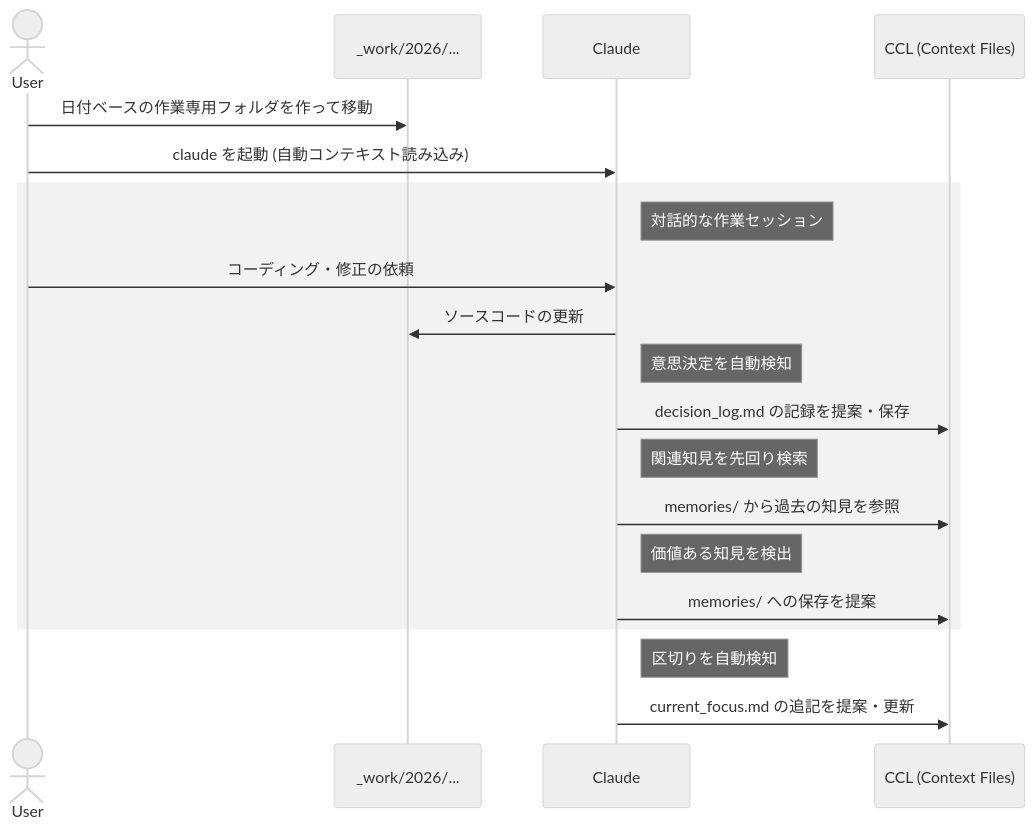
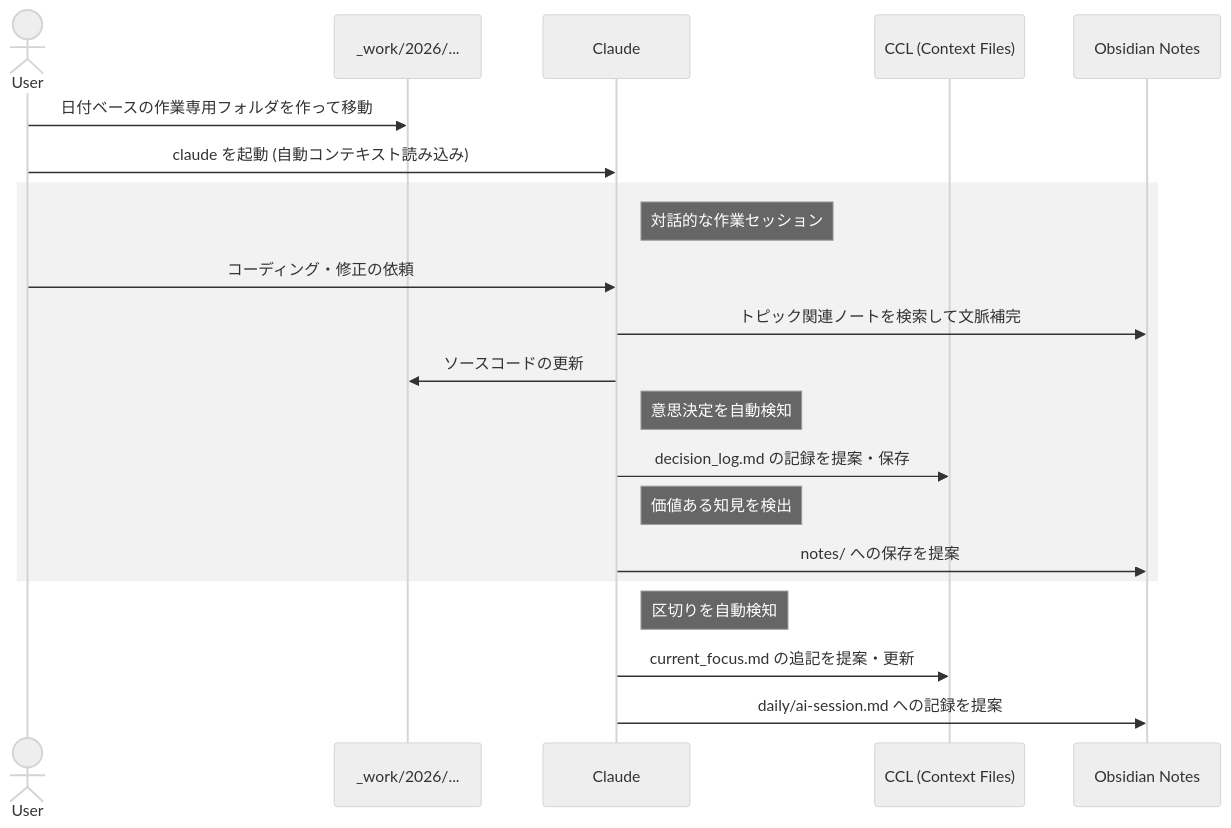
One commit to yt3trees/ai-collab-folder-structure changed the second of 2 diagrams in README-ja.md. Above: the diagram before and after it, drawn with Mermaid (neutral theme). The commit also changed other lines of this file and 8 other files, not shown here.

````diff
--- a/README-ja.md
+++ b/README-ja.md
@@ -95,29 +95,29 @@
 ```mermaid
 sequenceDiagram
     actor User
     participant Work as _work/2026/...
     participant Claude
     participant CCL as CCL (Context Files)
+    participant Obsidian as Obsidian Notes
 
     User->>Work: 日付ベースの作業専用フォルダを作って移動
     User->>Claude: claude を起動 (自動コンテキスト読み込み)
 
     rect rgba(128, 128, 128, 0.1)
         Note right of Claude: 対話的な作業セッション
 
         User->>Claude: コーディング・修正の依頼
+        Claude->>Obsidian: トピック関連ノートを検索して文脈補完
         Claude->>Work: ソースコードの更新
 
         Note right of Claude: 意思決定を自動検知
         Claude->>CCL: decision_log.md の記録を提案・保存
 
-        Note right of Claude: 関連知見を先回り検索
-        Claude->>CCL: memories/ から過去の知見を参照
-
         Note right of Claude: 価値ある知見を検出
-        Claude->>CCL: memories/ への保存を提案
+        Claude->>Obsidian: notes/ への保存を提案
     end
 
     Note right of Claude: 区切りを自動検知
     Claude->>CCL: current_focus.md の追記を提案・更新
+    Claude->>Obsidian: daily/ai-session.md への記録を提案
 ```
````
